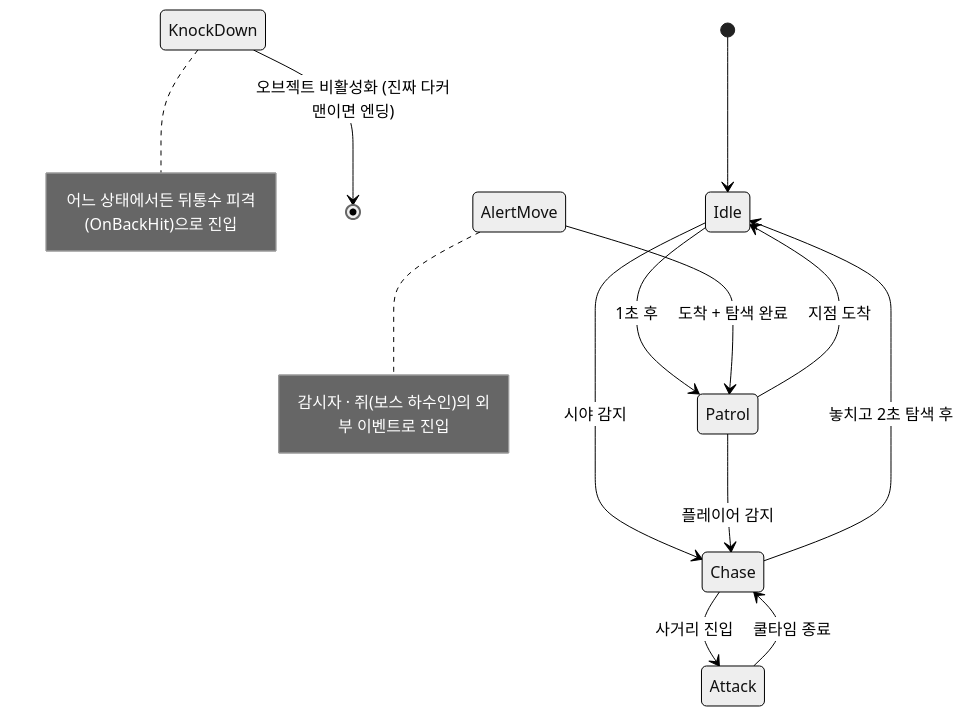
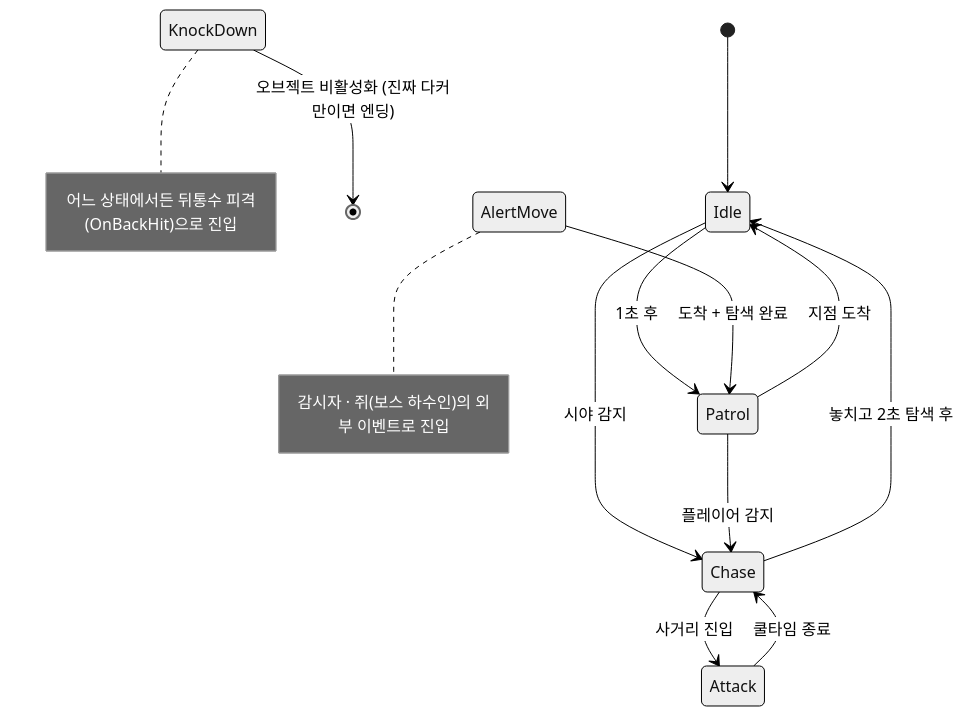
The second of 3 diagrams in src/1-watch-your-back/기술문서.md (pinkshield/portfolio), drawn with Mermaid (neutral theme) before and after one commit. The commit also changed other lines of this file and 11 other files, not shown here.

````diff
--- a/src/1-watch-your-back/기술문서.md
+++ b/src/1-watch-your-back/기술문서.md
@@ -155,15 +155,15 @@
 ```mermaid
 stateDiagram-v2
     [*] --> Idle
     Idle --> Patrol : 1초 후
     Idle --> Chase : 시야 감지
     Patrol --> Idle : 지점 도착
     Patrol --> Chase : 플레이어 감지
     Chase --> Attack : 사거리 진입
     Chase --> Idle : 놓치고 2초 탐색 후
     Attack --> Chase : 쿨타임 종료
     AlertMove --> Patrol : 도착 + 탐색 완료
     note right of AlertMove : 감시자 · 쥐(보스 하수인)의 외부 이벤트로 진입
-    KnockDown --> [*] : 오브젝트 비활성화 (진짜 다커맨이면 엔딩)
+    KnockDown --> [*] : 오브젝트 비활성화 (진짜 다커만이면 엔딩)
     note right of KnockDown : 어느 상태에서든 뒤통수 피격(OnBackHit)으로 진입
 ```
````
